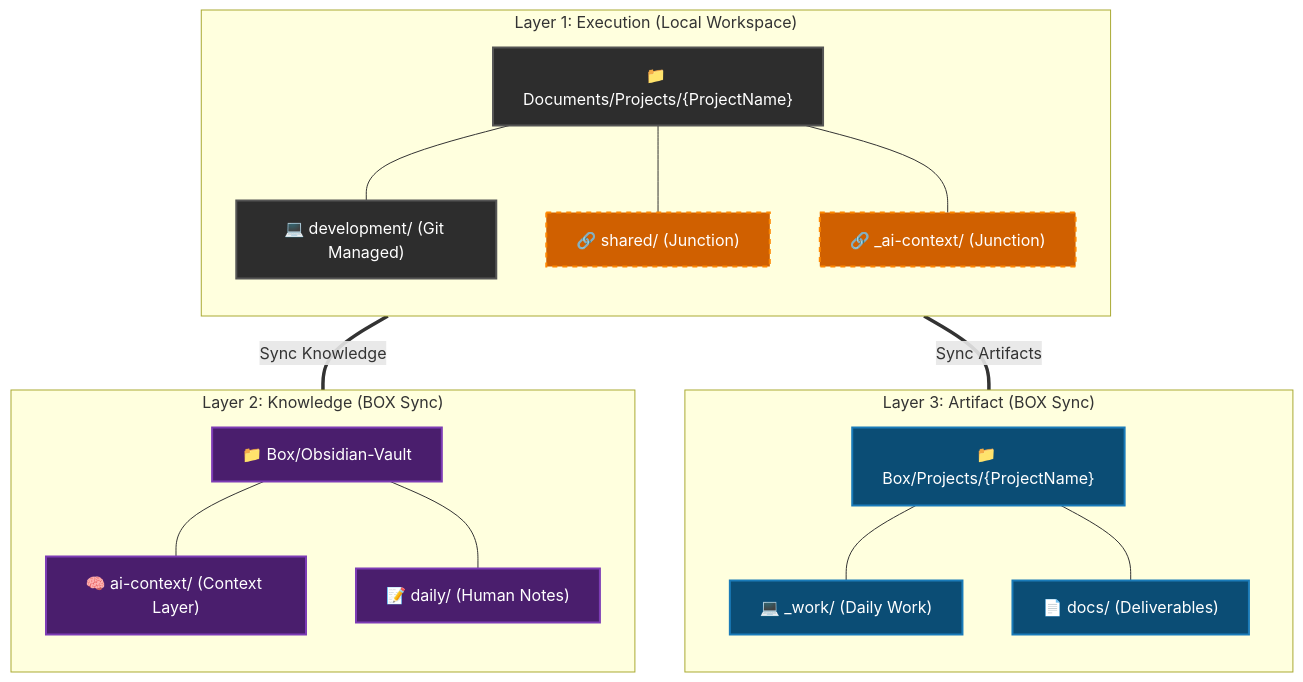
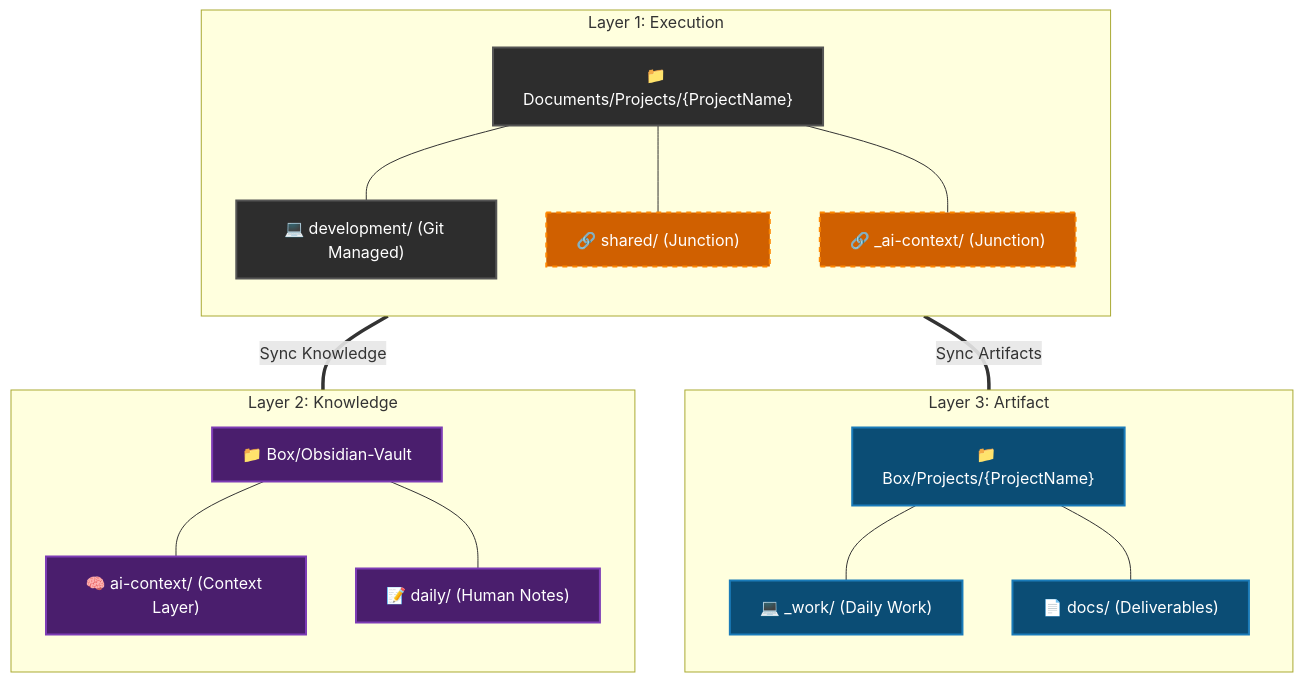
One commit to yt3trees/ai-collab-folder-structure changed the first of 2 diagrams in README.md. Above: the diagram before and after it, drawn with Mermaid. The commit also changed 1 other file, not shown here.

````diff
--- a/README.md
+++ b/README.md
@@ -19,46 +19,46 @@
 ```mermaid
-graph TD
+flowchart TD
     %% Define styles
     classDef local fill:#2d2d2d,stroke:#555,stroke-width:2px,color:#fff
     classDef box fill:#0b4d75,stroke:#1a7BB9,stroke-width:2px,color:#fff
     classDef obs fill:#4a1e6d,stroke:#7D3CB5,stroke-width:2px,color:#fff
     classDef junction fill:#d06000,stroke:#ff8800,stroke-width:2px,stroke-dasharray: 5 5,color:#fff
 
-    subgraph L1 ["Layer 1: Execution (Local Workspace)"]
+    subgraph L1 ["Layer 1: Execution"]
         direction TB
         LocalProj["📁 Documents/Projects/{ProjectName}"]:::local
         Dev["💻 development/ (Git Managed)"]:::local
         
         %% Junctions
         JuncShared["🔗 shared/ (Junction)"]:::junction
         JuncCtx["🔗 _ai-context/ (Junction)"]:::junction
         
         LocalProj --- Dev
         LocalProj --- JuncShared
         LocalProj --- JuncCtx
     end
 
-    subgraph L3 ["Layer 3: Artifact (BOX Sync)"]
+    subgraph L3 ["Layer 3: Artifact"]
         direction TB
         BoxProj["📁 Box/Projects/{ProjectName}"]:::box
         Work["💻 _work/ (Daily Work)"]:::box
         Docs["📄 docs/ (Deliverables)"]:::box
         
         BoxProj --- Work
         BoxProj --- Docs
     end
 
-    subgraph L2 ["Layer 2: Knowledge (BOX Sync)"]
+    subgraph L2 ["Layer 2: Knowledge"]
         direction TB
         ObsVault["📁 Box/Obsidian-Vault"]:::obs
         AiCtx["🧠 ai-context/ (Context Layer)"]:::obs
         Daily["📝 daily/ (Human Notes)"]:::obs
         
         ObsVault --- AiCtx
         ObsVault --- Daily
     end
 
     %% Links
     JuncShared == Sync Artifacts === BoxProj
     JuncCtx == Sync Knowledge === ObsVault
 ```
````
